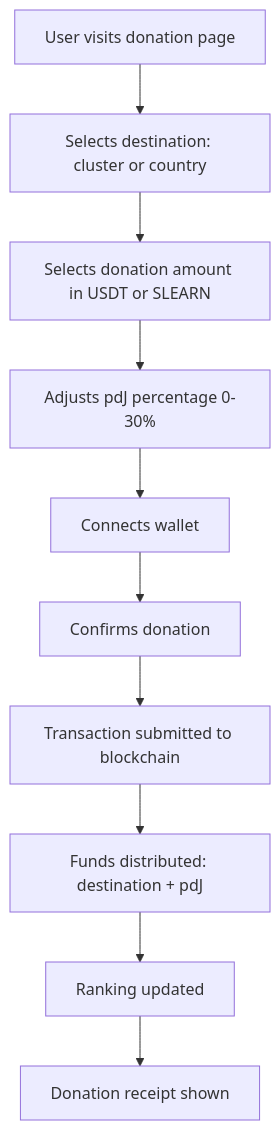
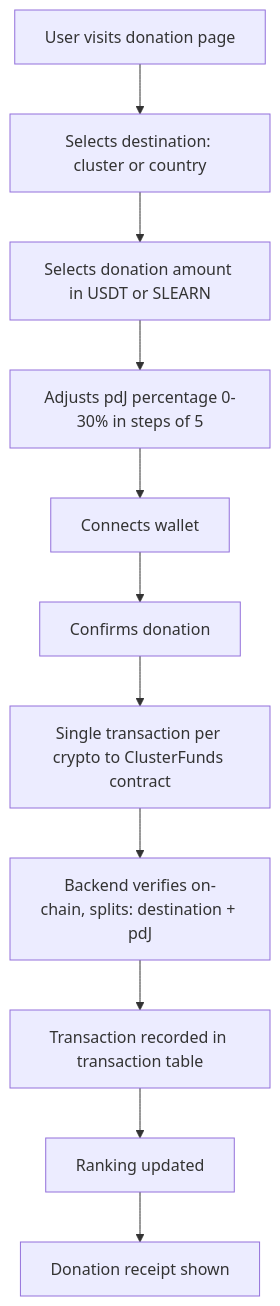
One commit to pasosdeJesus/learn.tg changed the diagram in REQ/156.md. Above: the diagram before and after it, drawn with Mermaid. The commit also changed other lines of this file and 14 other files, not shown here.

````diff
--- a/REQ/156.md
+++ b/REQ/156.md
@@ -20,12 +21,13 @@
 ```mermaid
 flowchart TB
     A[User visits donation page] --> B[Selects destination: cluster or country]
     B --> C[Selects donation amount in USDT or SLEARN]
-    C --> D[Adjusts pdJ percentage 0-30%]
+    C --> D[Adjusts pdJ percentage 0-30% in steps of 5]
     D --> E[Connects wallet]
     E --> F[Confirms donation]
-    F --> G[Transaction submitted to blockchain]
-    G --> H[Funds distributed: destination + pdJ]
-    H --> I[Ranking updated]
-    I --> J[Donation receipt shown]
+    F --> G[Single transaction per crypto to ClusterFunds contract]
+    G --> H[Backend verifies on-chain, splits: destination + pdJ]
+    H --> I[Transaction recorded in transaction table]
+    I --> J[Ranking updated]
+    J --> K[Donation receipt shown]
 ```
````
